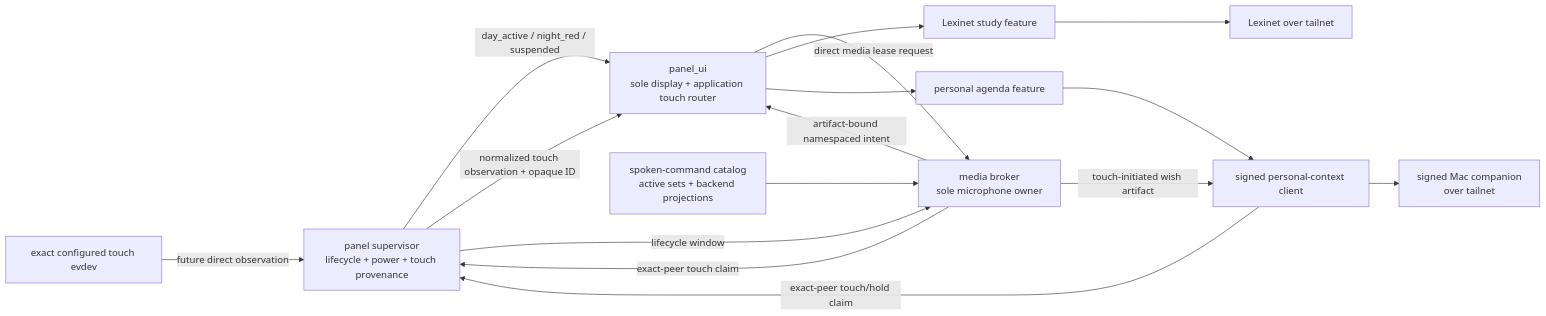
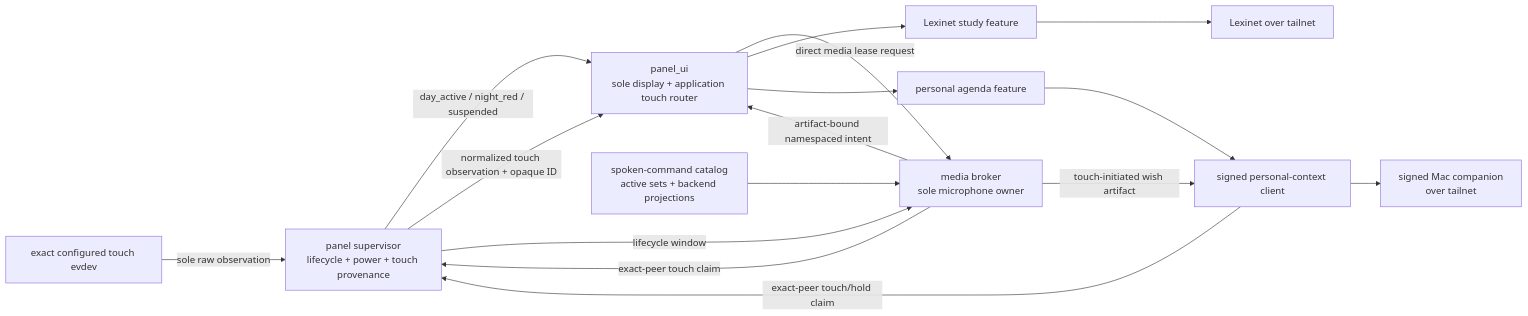
Before and after one commit to scshafe/embedded-house-panel: the second of 2 diagrams in README.md, drawn with Mermaid. The commit also changed other lines of this file and 8 other files, not shown here.

````diff
--- a/README.md
+++ b/README.md
@@ -109,18 +112,18 @@
 ```mermaid
 flowchart LR
-    TOUCH["exact configured touch evdev"] -->|"future direct observation"| SUP["panel supervisor\nlifecycle + power + touch provenance"]
+    TOUCH["exact configured touch evdev"] -->|"sole raw observation"| SUP["panel supervisor\nlifecycle + power + touch provenance"]
     SUP -->|"day_active / night_red / suspended"| SHELL["panel_ui\nsole display + application touch router"]
     SUP -->|"normalized touch observation + opaque ID"| SHELL
     CATALOG["spoken-command catalog\nactive sets + backend projections"] --> BROKER["media broker\nsole microphone owner"]
     SUP -->|"lifecycle window"| BROKER
     SHELL -->|"direct media lease request"| BROKER
     BROKER -->|"exact-peer touch claim"| SUP
     BROKER -->|"artifact-bound namespaced intent"| SHELL
     SHELL --> VOCAB["Lexinet study feature"]
     SHELL --> AGENDA["personal agenda feature"]
     VOCAB --> LEXINET["Lexinet over tailnet"]
     AGENDA --> CLIENT["signed personal-context client"]
     CLIENT -->|"exact-peer touch/hold claim"| SUP
     BROKER -->|"touch-initiated wish artifact"| CLIENT
     CLIENT --> MAC["signed Mac companion\nover tailnet"]
 ```
````
